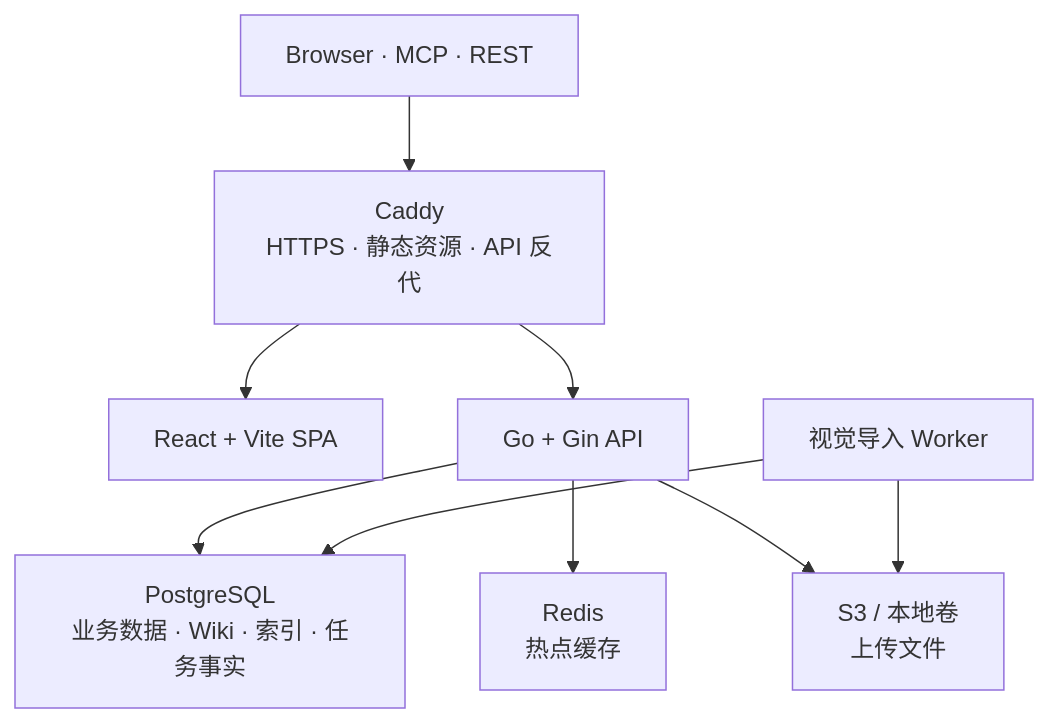
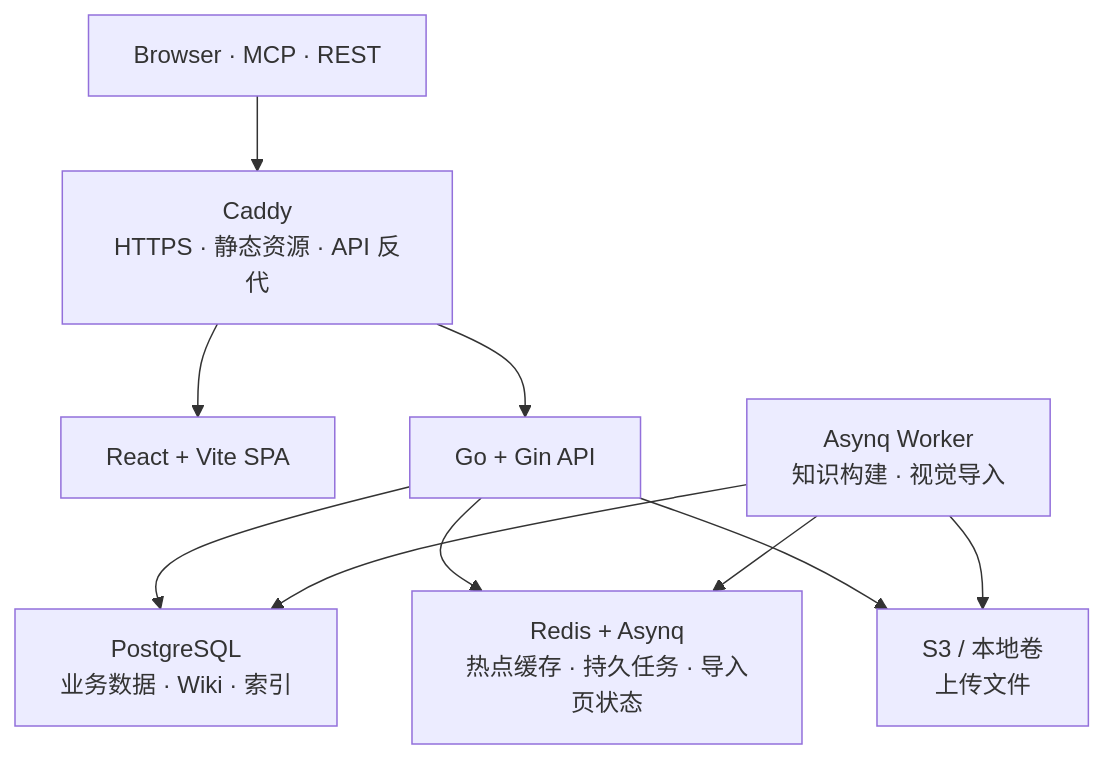
One commit to Ciao1019/Petrichor changed the second of 2 diagrams in README.md. Above: the diagram before and after it, drawn with Mermaid. The commit also changed other lines of this file and 58 other files, not shown here.

````diff
--- a/README.md
+++ b/README.md
@@ -132,11 +133,12 @@
 ```mermaid
 flowchart TB
   clients["Browser · MCP · REST"] --> caddy["Caddy<br/>HTTPS · 静态资源 · API 反代"]
   caddy --> web["React + Vite SPA"]
   caddy --> api["Go + Gin API"]
-  api --> postgres["PostgreSQL<br/>业务数据 · Wiki · 索引 · 任务事实"]
-  api --> redis["Redis<br/>热点缓存"]
+  api --> postgres["PostgreSQL<br/>业务数据 · Wiki · 索引"]
+  api --> redis["Redis + Asynq<br/>热点缓存 · 持久任务 · 导入页状态"]
   api --> storage["S3 / 本地卷<br/>上传文件"]
-  worker["视觉导入 Worker"] --> postgres
+  worker["Asynq Worker<br/>知识构建 · 视觉导入"] --> redis
+  worker --> postgres
   worker --> storage
 ```
````
